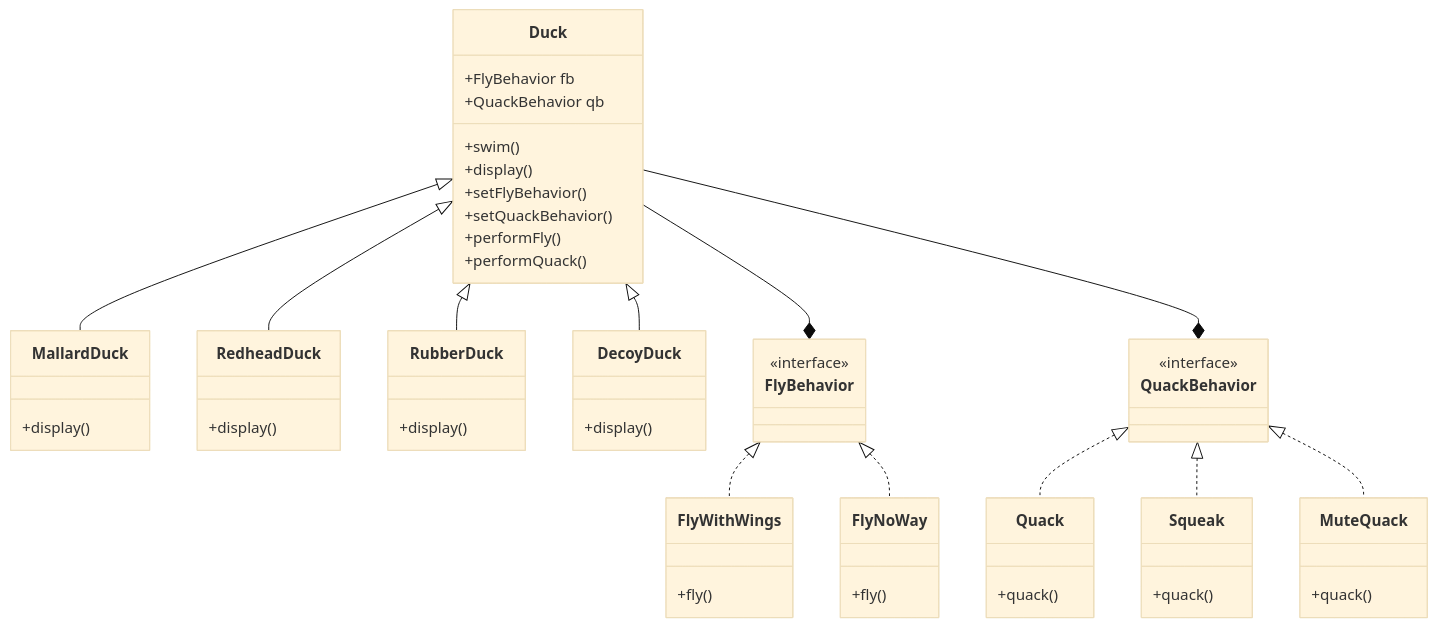
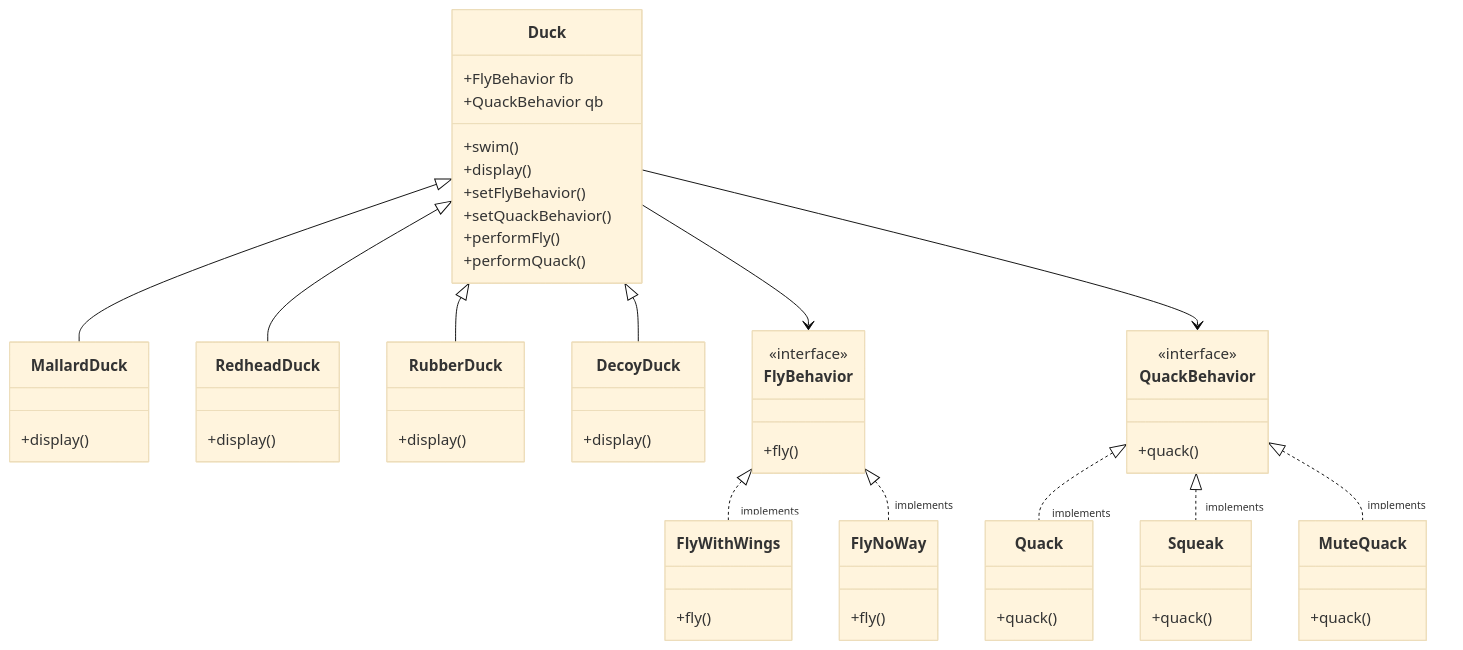
One commit to akormous/design-patterns changed the diagram in Theory/StrategyPattern.md. Above: the diagram before and after it, drawn with Mermaid (base theme).

````diff
--- a/Theory/StrategyPattern.md
+++ b/Theory/StrategyPattern.md
@@ -12,64 +12,66 @@
 ```mermaid
 classDiagram
 
 Duck <|-- MallardDuck 
 Duck <|-- RedheadDuck
 Duck <|-- RubberDuck
 Duck <|-- DecoyDuck
 
-Duck --* FlyBehavior
-Duck --* QuackBehavior
+Duck --> FlyBehavior
+Duck --> QuackBehavior
 
 class Duck {
   +FlyBehavior fb
   +QuackBehavior qb
   +swim()
   +display()
   +setFlyBehavior()
   +setQuackBehavior()
   +performFly()
   +performQuack()
 }
 class MallardDuck {
   +display()
 }
 class RedheadDuck {
   +display()
 }
 class RubberDuck {
   +display()
 }
 class DecoyDuck {
   +display()
 }
 
 class FlyBehavior {
-  <<interface>>  
+  <<interface>>
+  +fly()
 }
 class FlyWithWings {
   +fly()
 }
 class FlyNoWay {
   +fly()
 }
-FlyBehavior <|.. FlyWithWings
-FlyBehavior <|.. FlyNoWay
+FlyBehavior <|.. "implements" FlyWithWings
+FlyBehavior <|.. "implements" FlyNoWay
 
 class QuackBehavior {
   <<interface>>
+  +quack()
 }
 class Quack {
   +quack()
 }
 class Squeak {
   +quack()
 }
 class MuteQuack {
   +quack()
 }
 
-QuackBehavior <|.. Quack
-QuackBehavior <|.. Squeak
-QuackBehavior <|.. MuteQuack
+QuackBehavior <|.. "implements" Quack
+QuackBehavior <|.. "implements" Squeak
+QuackBehavior <|.. "implements" MuteQuack
 
 ```
````
